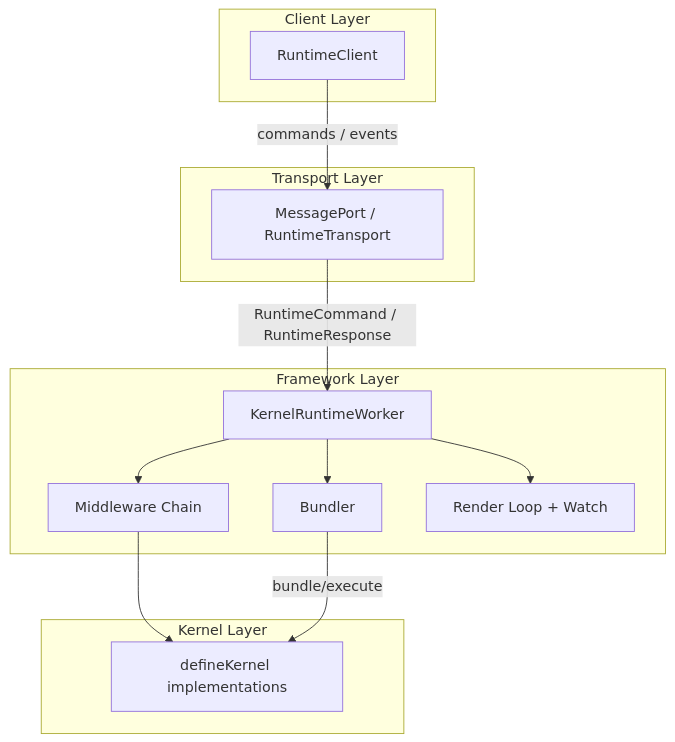
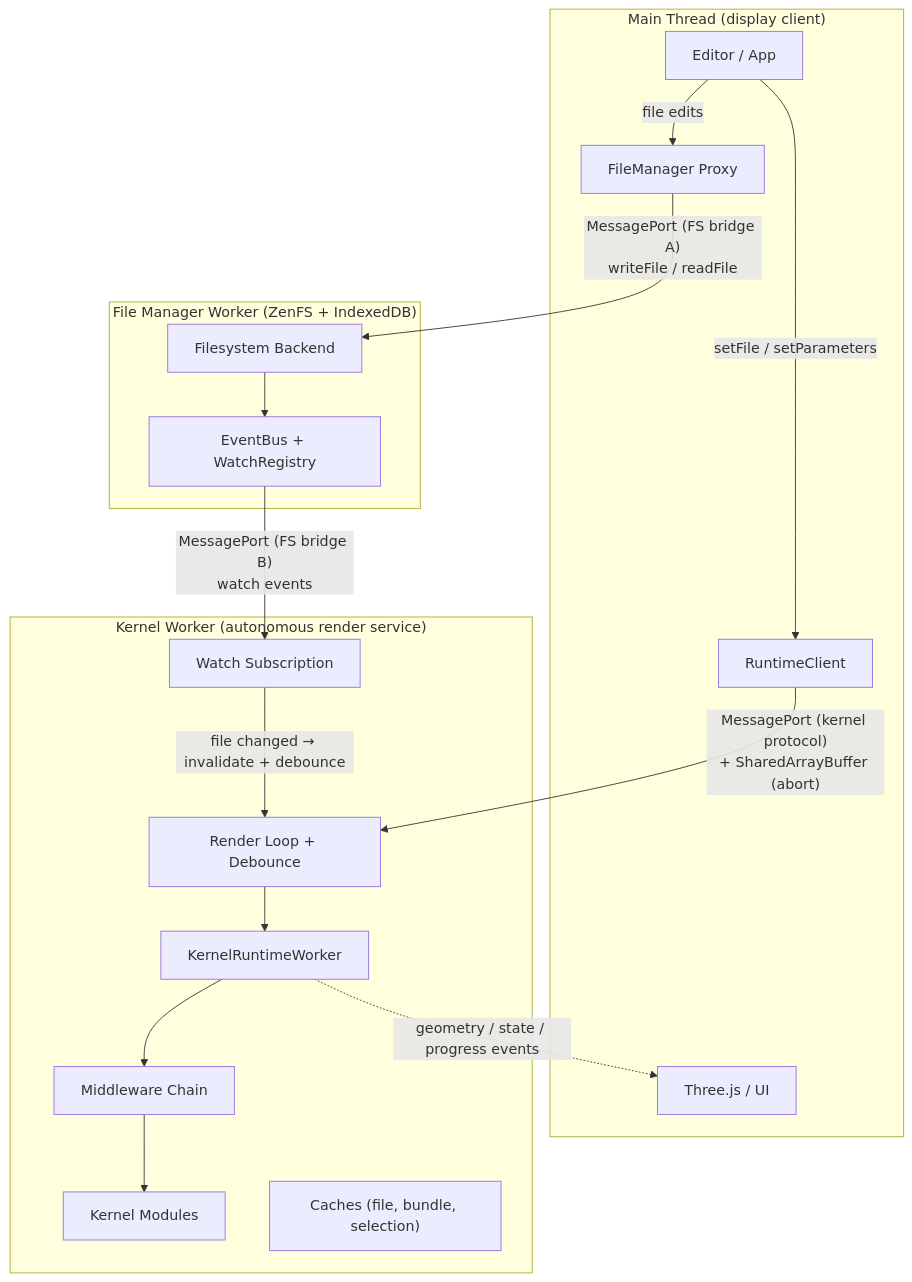
Before and after one commit to ahzs645/tau: the first of 3 diagrams in apps/ui/content/docs/(runtime)/concepts/architecture.mdx, drawn with Mermaid. The commit also changed other lines of this file and 2 other files, not shown here.

Commit message:
docs(ui): refactor architecture doc to emphasize three-thread topology and autonomous render service

````diff
--- a/apps/ui/content/docs/(runtime)/concepts/architecture.mdx
+++ b/apps/ui/content/docs/(runtime)/concepts/architecture.mdx
@@ -19,29 +19,37 @@
 ```mermaid
 flowchart TB
-    subgraph Client["Client Layer"]
-        KC["RuntimeClient"]
+    subgraph Main["Main Thread (display client)"]
+        Editor["Editor / App"]
+        Client["RuntimeClient"]
+        Scene["Three.js / UI"]
+        FMProxy["FileManager Proxy"]
     end
 
-    subgraph Transport["Transport Layer"]
-        MP["MessagePort / RuntimeTransport"]
+    subgraph KWorker["Kernel Worker (autonomous render service)"]
+        RenderLoop["Render Loop + Debounce"]
+        KRW["KernelRuntimeWorker"]
+        MW["Middleware Chain"]
+        Kernels["Kernel Modules"]
+        WatchSub["Watch Subscription"]
+        Caches["Caches (file, bundle, selection)"]
     end
 
-    subgraph Framework["Framework Layer"]
-        KW["KernelRuntimeWorker"]
-        MC["Middleware Chain"]
-        B["Bundler"]
-        RL["Render Loop + Watch"]
+    subgraph FSWorker["File Manager Worker (ZenFS + IndexedDB)"]
+        FS["Filesystem Backend"]
+        EventBus["EventBus + WatchRegistry"]
     end
 
-    subgraph Kernel["Kernel Layer"]
-        DK["defineKernel implementations"]
-    end
+    Editor -->|"setFile / setParameters"| Client
+    Client -->|"MessagePort (kernel protocol)\n+ SharedArrayBuffer (abort)"| RenderLoop
+    RenderLoop --> KRW
+    KRW --> MW
+    MW --> Kernels
+    KRW -.->|"geometry / state / progress events"| Scene
 
-    KC -->|"commands / events"| MP
-    MP -->|"RuntimeCommand / RuntimeResponse"| KW
-    KW --> MC
-    KW --> RL
-    MC --> DK
-    KW --> B
-    B -->|"bundle/execute"| DK
+    Editor -->|"file edits"| FMProxy
+    FMProxy -->|"MessagePort (FS bridge A)\nwriteFile / readFile"| FS
+
+    FS --> EventBus
+    EventBus -->|"MessagePort (FS bridge B)\nwatch events"| WatchSub
+    WatchSub -->|"file changed → invalidate + debounce"| RenderLoop
 ```
````
